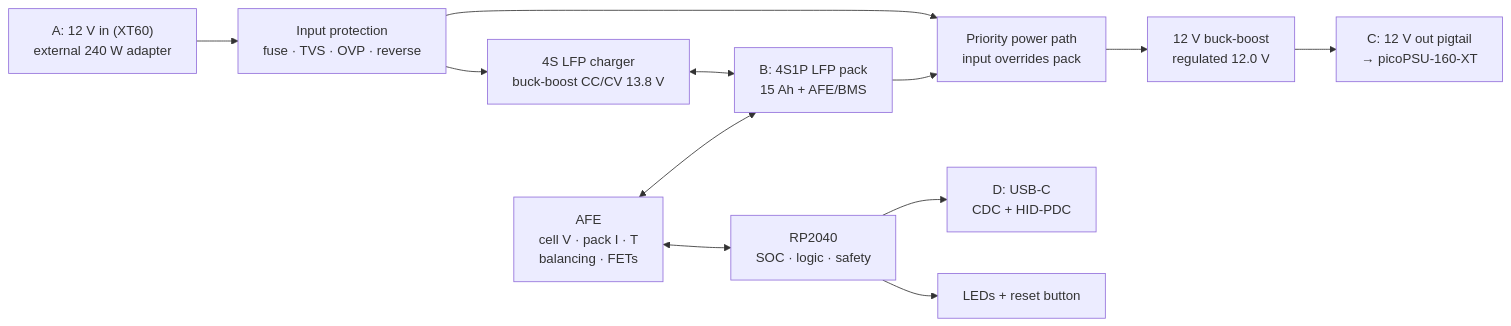
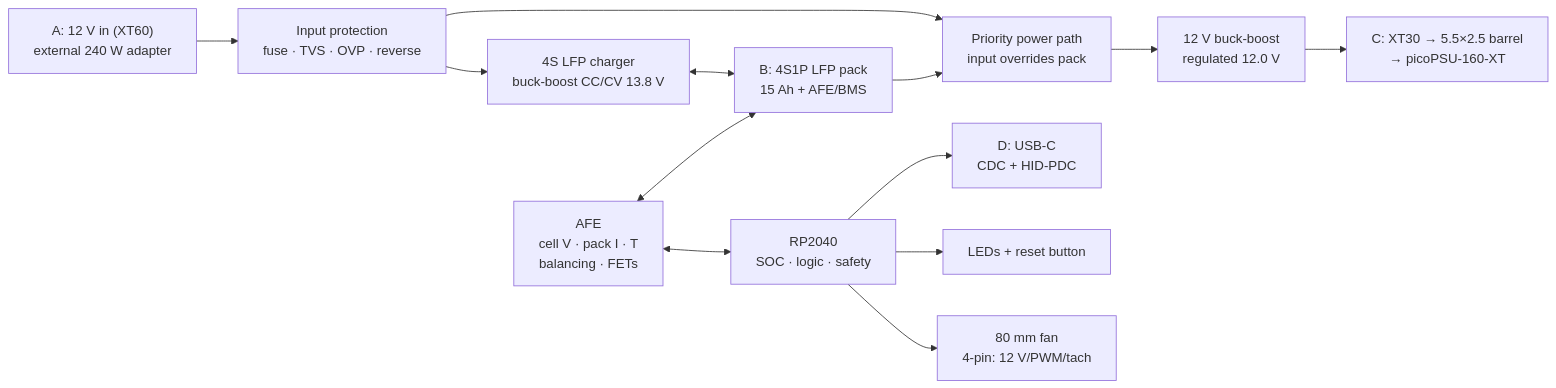
The diagram in docs/architecture.md (rocketpie/tinyups), drawn with Mermaid before and after one commit. The commit also changed other lines of this file and 8 other files, not shown here.

````diff
--- a/docs/architecture.md
+++ b/docs/architecture.md
@@ -8,14 +8,15 @@
 ```mermaid
 flowchart LR
     IN["A: 12 V in (XT60)\nexternal 240 W adapter"] --> PROT["Input protection\nfuse · TVS · OVP · reverse"]
     PROT --> PPM["Priority power path\ninput overrides pack"]
     PROT --> CHG["4S LFP charger\nbuck-boost CC/CV 13.8 V"]
     CHG <--> PACK["B: 4S1P LFP pack\n15 Ah + AFE/BMS"]
     PACK --> PPM
     PPM --> CONV["12 V buck-boost\nregulated 12.0 V"]
-    CONV --> OUT["C: 12 V out pigtail\n→ picoPSU-160-XT"]
+    CONV --> OUT["C: XT30 → 5.5×2.5 barrel\n→ picoPSU-160-XT"]
     AFE["AFE\ncell V · pack I · T\nbalancing · FETs"] <--> PACK
     AFE <--> MCU["RP2040\nSOC · logic · safety"]
     MCU --> USB["D: USB-C\nCDC + HID-PDC"]
     MCU --> IND["LEDs + reset button"]
+    MCU --> FAN["80 mm fan\n4-pin: 12 V/PWM/tach"]
 ```
````
